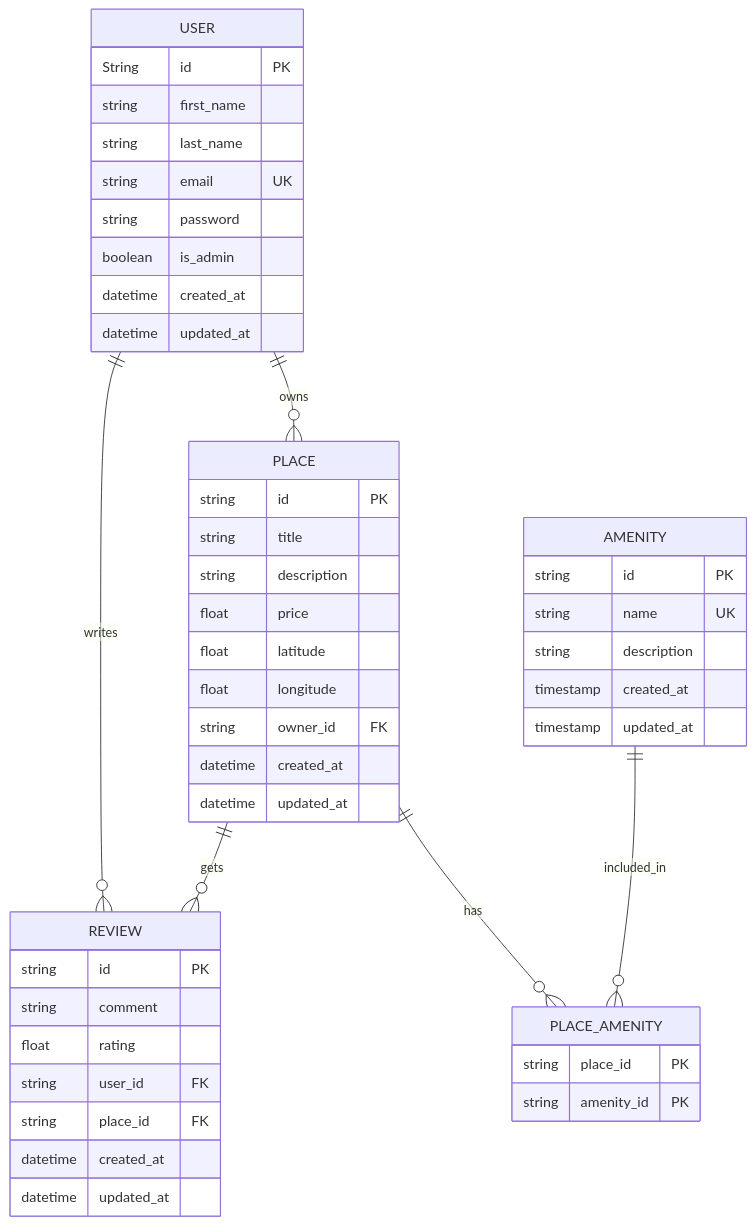
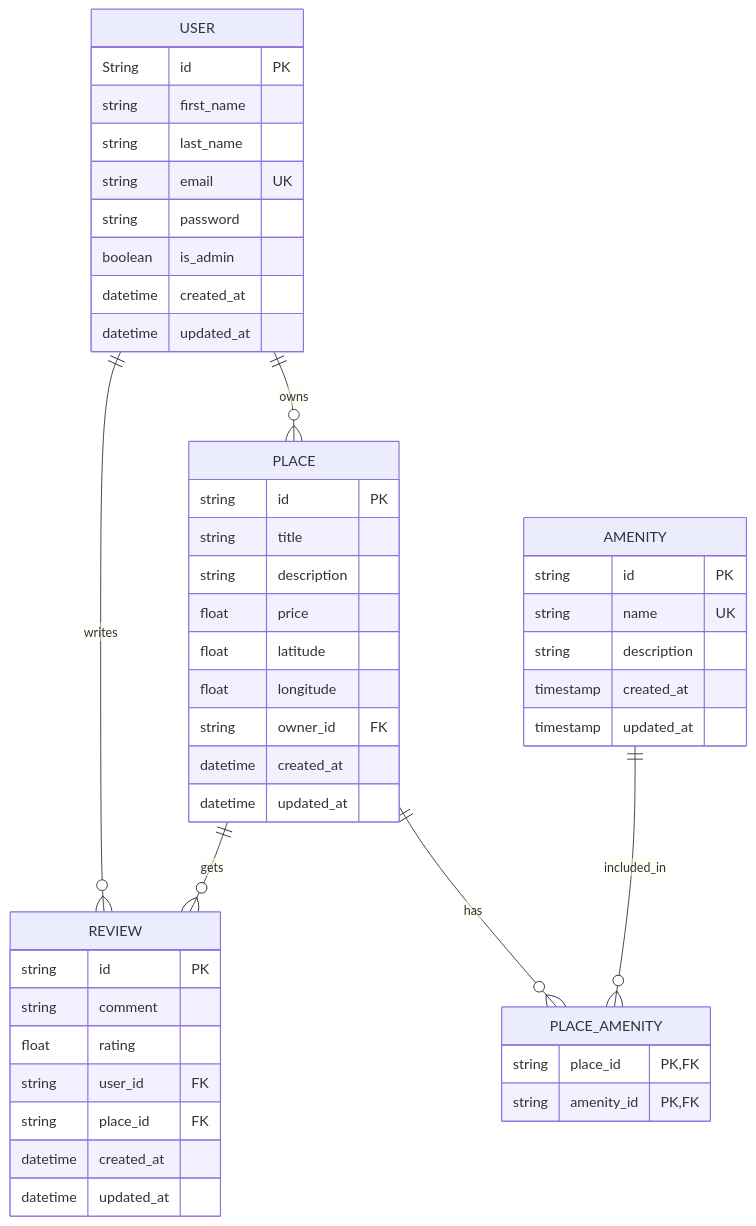
The diagram in part3/ER_Diagram.md (iEmanHamdan/holbertonschool-hbnb), drawn with Mermaid before and after one commit.

Commit message:
fix: update PLACE_AMENITY entity to include foreign key constraints

````diff
--- a/part3/ER_Diagram.md
+++ b/part3/ER_Diagram.md
@@ -5,50 +5,50 @@
 ```mermaid
 erDiagram
   USER ||--o{ PLACE : owns
   USER ||--o{ REVIEW : writes
   PLACE ||--o{ REVIEW : gets
   PLACE ||--o{ PLACE_AMENITY : has
   AMENITY ||--o{ PLACE_AMENITY : included_in
 
   USER {
     String id PK
     string first_name
     string last_name
     string email UK
     string password
     boolean is_admin
     datetime created_at
     datetime updated_at
   }
   PLACE {
     string id PK
     string title
     string description
     float price
     float latitude
     float longitude
     string owner_id FK
     datetime created_at
     datetime updated_at
   }
   REVIEW {
     string id PK
     string comment
     float rating
     string user_id FK
     string place_id FK
     datetime created_at
     datetime updated_at
   }
   AMENITY {
     string id PK
     string name UK
     string description
     timestamp created_at
     timestamp updated_at
   }
   PLACE_AMENITY {
-    string place_id PK
-    string amenity_id PK
+    string place_id PK,FK
+    string amenity_id PK,FK
   }
 ```
````
